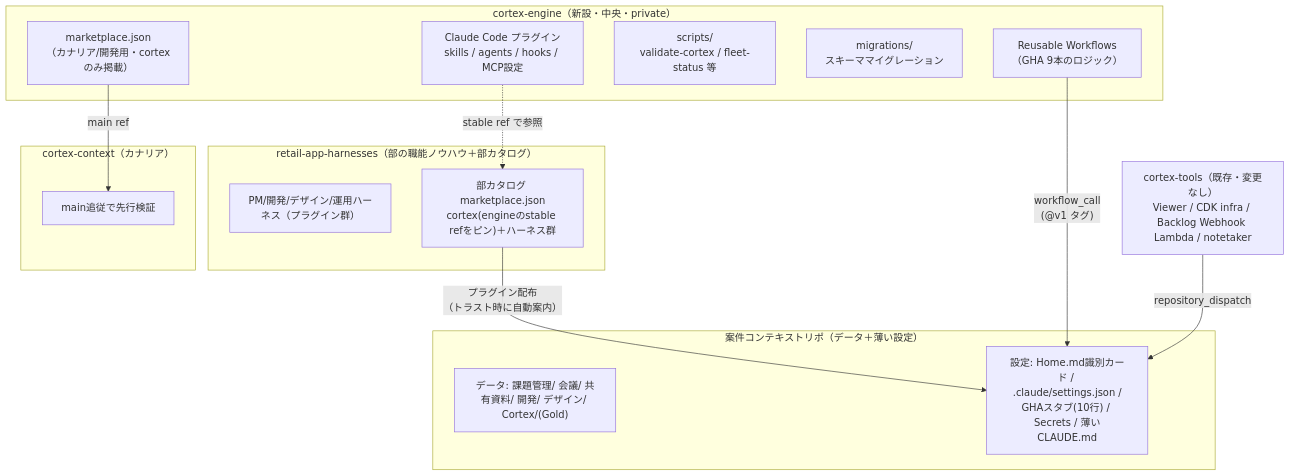
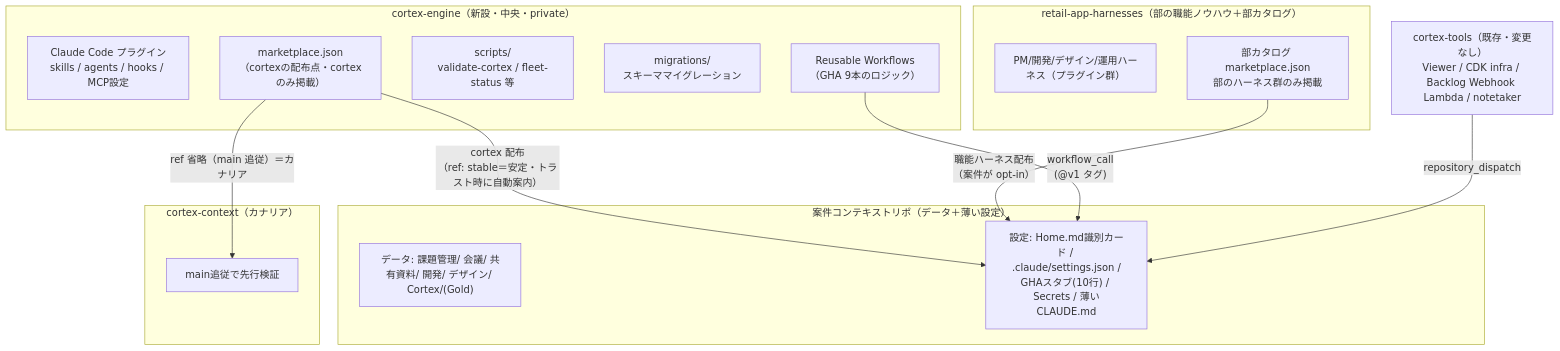
Before and after one commit to classmethod-team-app/cortex-engine: the diagram in docs/architecture.md, drawn with Mermaid. The commit also changed other lines of this file and 7 other files, not shown here.

````diff
--- a/docs/architecture.md
+++ b/docs/architecture.md
@@ -40,30 +40,30 @@
 ```mermaid
 graph TB
     subgraph engine["cortex-engine（新設・中央・private）"]
         PLUGIN["Claude Code プラグイン<br/>skills / agents / hooks / MCP設定"]
         RW["Reusable Workflows<br/>（GHA 9本のロジック）"]
         SCRIPTS["scripts/<br/>validate-cortex / fleet-status 等"]
         MIG["migrations/<br/>スキーママイグレーション"]
-        MP["marketplace.json<br/>（カナリア/開発用・cortexのみ掲載）"]
+        MP["marketplace.json<br/>（cortexの配布点・cortexのみ掲載）"]
     end
 
     subgraph dept["retail-app-harnesses（部の職能ノウハウ＋部カタログ）"]
         HARNESS["PM/開発/デザイン/運用ハーネス（プラグイン群）"]
-        CAT["部カタログ marketplace.json<br/>cortex(engineのstable refをピン)＋ハーネス群"]
+        CAT["部カタログ marketplace.json<br/>部のハーネス群のみ掲載"]
     end
 
     subgraph project["案件コンテキストリポ（データ＋薄い設定）"]
         DATA["データ: 課題管理/ 会議/ 共有資料/ 開発/ デザイン/ Cortex/(Gold)"]
         CONF["設定: Home.md識別カード / .claude/settings.json /<br/>GHAスタブ(10行) / Secrets / 薄いCLAUDE.md"]
     end
 
     subgraph canary["cortex-context（カナリア）"]
         C1["main追従で先行検証"]
     end
 
-    PLUGIN -. "stable ref で参照" .-> CAT
-    CAT -- "プラグイン配布<br/>（トラスト時に自動案内）" --> CONF
+    MP -- "cortex 配布<br/>（ref: stable＝安定・トラスト時に自動案内）" --> CONF
+    CAT -- "職能ハーネス配布<br/>（案件が opt-in）" --> CONF
     RW -- "workflow_call<br/>(@v1 タグ)" --> CONF
-    MP -- "main ref" --> C1
+    MP -- "ref 省略（main 追従）＝カナリア" --> C1
     TOOLS["cortex-tools（既存・変更なし）<br/>Viewer / CDK infra / Backlog Webhook Lambda / notetaker"] -- "repository_dispatch" --> CONF
 ```
````
